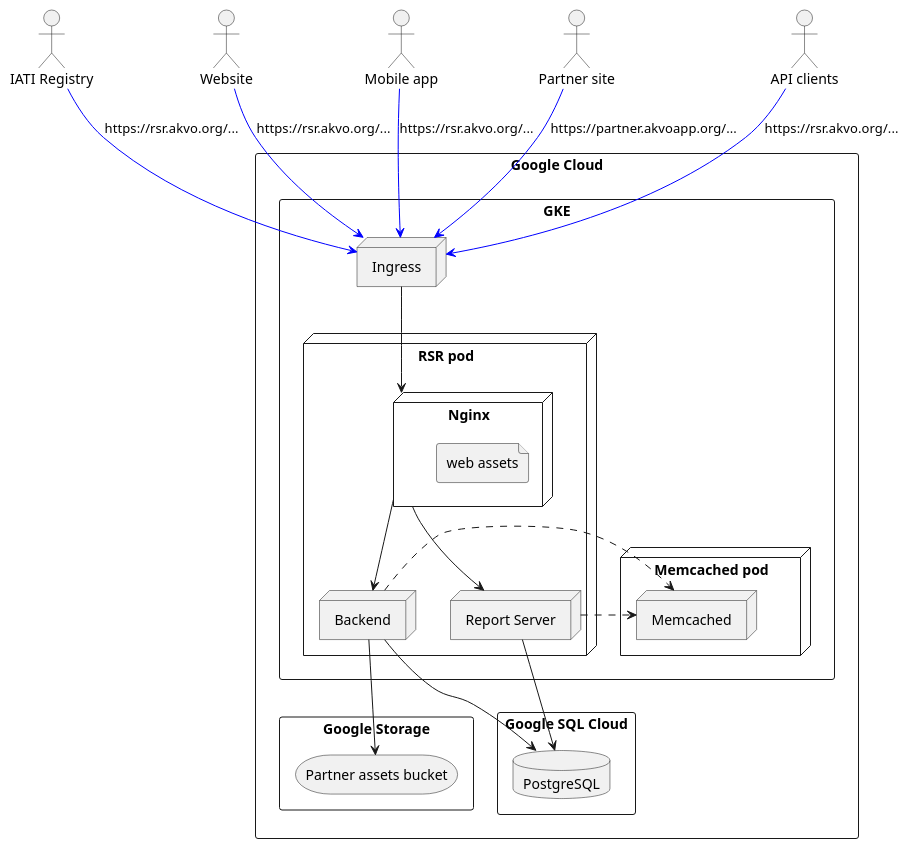
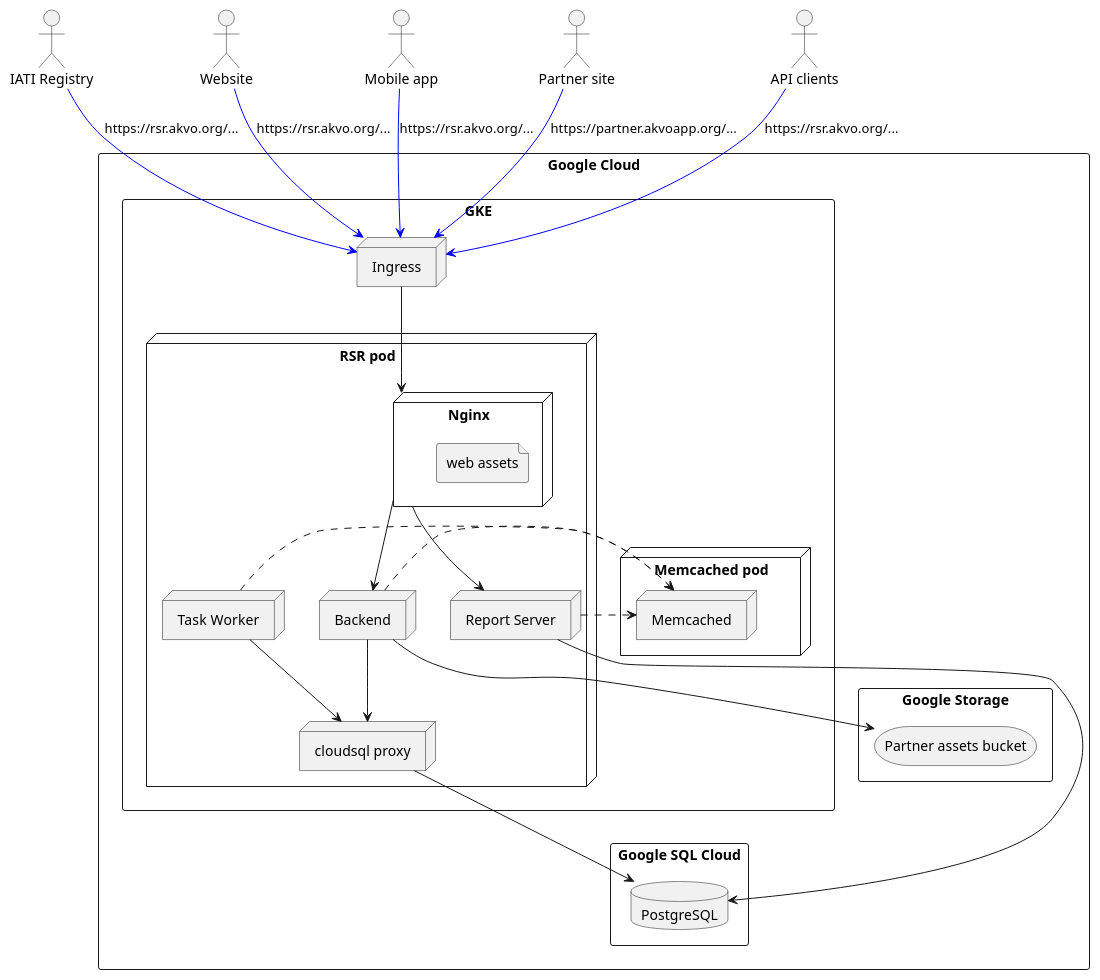
The diagram in doc/diagrams/architecture.puml (akvo/akvo-rsr), drawn with PlantUML before and after one commit. The commit also changed 4 other files, not shown here.

```diff
--- a/doc/diagrams/architecture.puml
+++ b/doc/diagrams/architecture.puml
@@ -1,57 +1,63 @@
 @startuml
 
 rectangle google as "Google Cloud" {
 
     rectangle k8s as "GKE" {
 
         node ingress as "Ingress"
 
         node pod as "RSR pod" {
 
             node nginx as "Nginx" {
                 file localassets as "web assets"
             }
 
             node backend as "Backend"
+            node cloudsql_proxy as "cloudsql proxy"
+
+            node worker as "Task Worker"
 
             node reportserver as "Report Server"
 
         }
 
         node memcachedpod as "Memcached pod" {
             node memcached as "Memcached"
         }
 
     }
 
     rectangle storage as "Google Storage" {
         storage bucket as "Partner assets bucket"
     }
 
     rectangle sqlcloud as "Google SQL Cloud" {
         database db as "PostgreSQL"
     }
 
     nginx --> reportserver
     nginx --> backend
     backend --> bucket
-    backend --> db
+    backend --> cloudsql_proxy
+    cloudsql_proxy --> db
     backend -[dashed]> memcached
+    worker --> cloudsql_proxy
+    worker -[dashed]> memcached
     reportserver -[dashed]> memcached
     reportserver --> db
 
 }
 
 actor iati as "IATI Registry"
 iati -[#0000FF]-> ingress : https://rsr.akvo.org/...
 actor browser as "Website"
 browser -[#0000FF]-> ingress : https://rsr.akvo.org/...
 ingress --> nginx
 actor mobile as "Mobile app"
 mobile -[#0000FF]-> ingress : https://rsr.akvo.org/...
 actor partnersite as "Partner site"
 partnersite -[#0000FF]-> ingress : https://partner.akvoapp.org/...
 actor apiclients as "API clients"
 apiclients -[#0000FF]-> ingress : https://rsr.akvo.org/...
 
 @enduml
```
